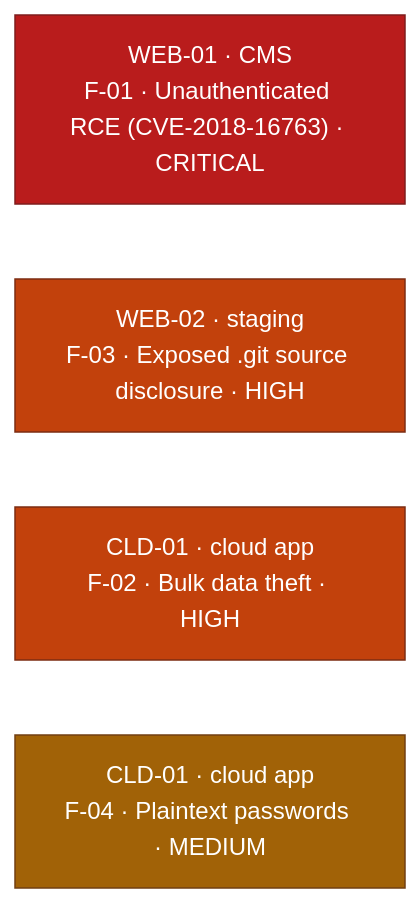
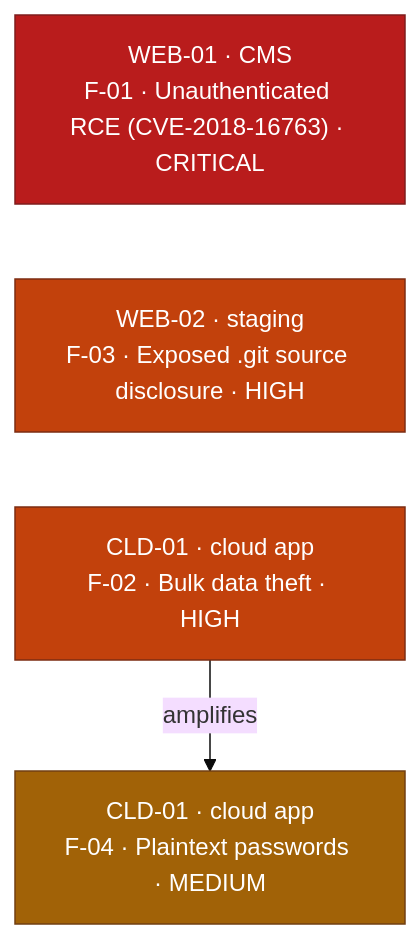
One commit to ouroboros-white/cybersecurity-portfolio changed the diagram in reports/lab-assessment-2026-08.md. Above: the diagram before and after it, drawn with Mermaid (base theme). The commit also changed other lines of this file, not shown here.

First line of the commit message:
fix: draw the one real relationship in the findings-by-target diagram

````diff
--- a/reports/lab-assessment-2026-08.md
+++ b/reports/lab-assessment-2026-08.md
@@ -66,16 +67,16 @@
 ```mermaid
 flowchart TD
     A1["WEB-01 · CMS<br/>F-01 · Unauthenticated RCE (CVE-2018-16763) · CRITICAL"]
     A3["WEB-02 · staging<br/>F-03 · Exposed .git source disclosure · HIGH"]
     A2["CLD-01 · cloud app<br/>F-02 · Bulk data theft · HIGH"]
     A4["CLD-01 · cloud app<br/>F-04 · Plaintext passwords · MEDIUM"]
     A1 ~~~ A3
     A3 ~~~ A2
-    A2 ~~~ A4
+    A2 -->|"amplifies"| A4
     classDef crit fill:#b91c1c,stroke:#7f1d1d,color:#ffffff;
     classDef high fill:#c2410c,stroke:#7c2d12,color:#ffffff;
     classDef med fill:#a16207,stroke:#713f12,color:#ffffff;
     class A1 crit;
     class A2,A3 high;
     class A4 med;
 ```
````
